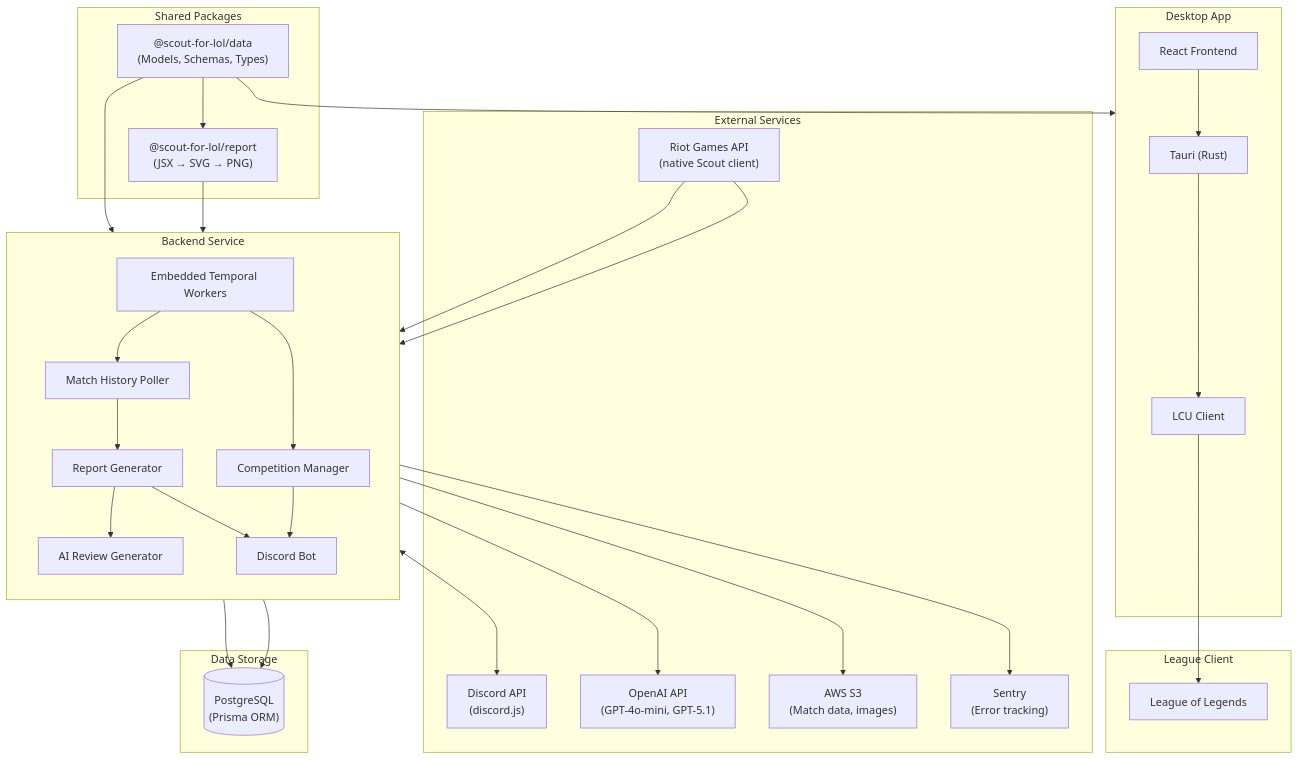
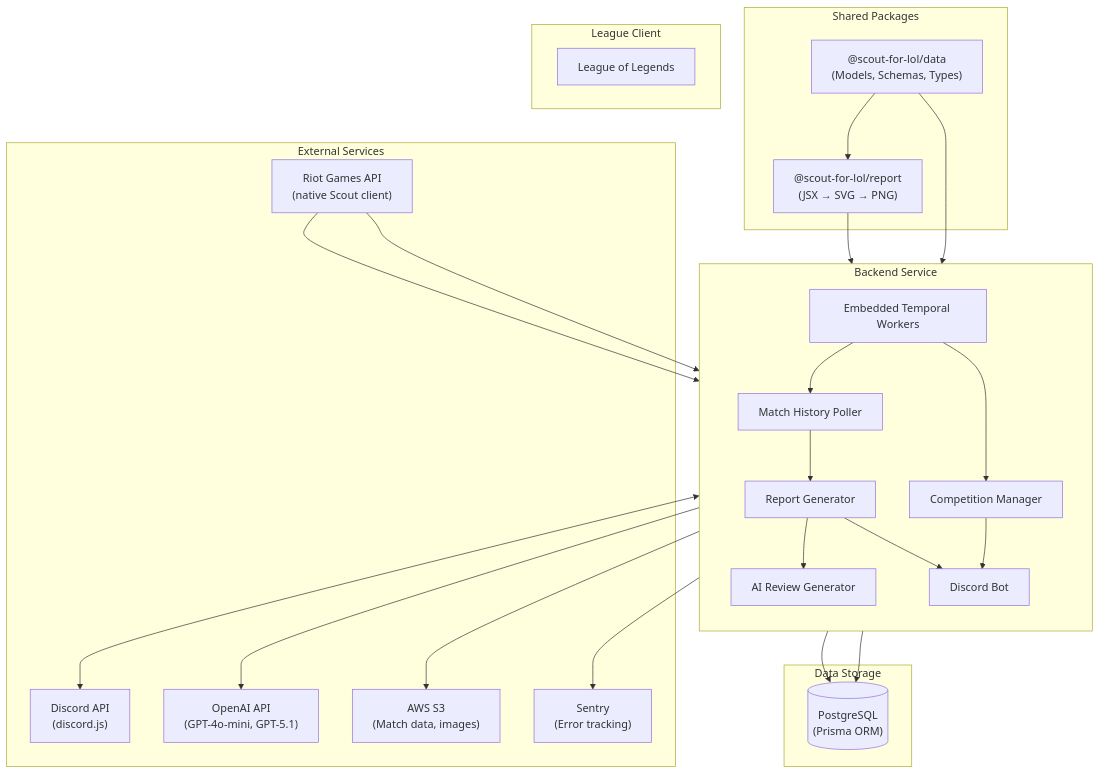
Before and after one commit to shepherdjerred/monorepo: the first of 8 diagrams in packages/scout-for-lol/docs/architecture.md, drawn with Mermaid. The commit also changed other lines of this file and 196 other files, not shown here.

First line of the commit message:
feat(scout-for-lol): remove desktop client

````diff
--- a/packages/scout-for-lol/docs/architecture.md
+++ b/packages/scout-for-lol/docs/architecture.md
@@ -7,68 +7,56 @@
 ```mermaid
 flowchart TB
     subgraph External["External Services"]
         RIOT["Riot Games API<br/>(native Scout client)"]
         DISCORD_API["Discord API<br/>(discord.js)"]
         OPENAI["OpenAI API<br/>(GPT-4o-mini, GPT-5.1)"]
         S3["AWS S3<br/>(Match data, images)"]
         SENTRY["Sentry<br/>(Error tracking)"]
     end
 
     subgraph Backend["Backend Service"]
         direction TB
         BOT["Discord Bot"]
         TEMPORAL["Embedded Temporal Workers"]
         MATCH_POLLER["Match History Poller"]
         REPORT_GEN["Report Generator"]
         AI_REVIEW["AI Review Generator"]
         COMPETITION["Competition Manager"]
     end
 
     subgraph SharedPkg["Shared Packages"]
         DATA["@scout-for-lol/data<br/>(Models, Schemas, Types)"]
         REPORT["@scout-for-lol/report<br/>(JSX → SVG → PNG)"]
-    end
-
-    subgraph Desktop["Desktop App"]
-        TAURI["Tauri (Rust)"]
-        REACT["React Frontend"]
-        LCU["LCU Client"]
     end
 
     subgraph Storage["Data Storage"]
         DB[("PostgreSQL<br/>(Prisma ORM)")]
     end
 
     subgraph LOL["League Client"]
         LEAGUE_CLIENT["League of Legends"]
     end
 
     %% External connections
     RIOT --> MATCH_POLLER
     RIOT --> COMPETITION
     BOT <--> DISCORD_API
     AI_REVIEW --> OPENAI
     REPORT_GEN --> S3
     Backend --> SENTRY
 
     %% Internal backend connections
     TEMPORAL --> MATCH_POLLER
     TEMPORAL --> COMPETITION
     MATCH_POLLER --> REPORT_GEN
     REPORT_GEN --> AI_REVIEW
     REPORT_GEN --> BOT
     BOT --> DB
     COMPETITION --> DB
     COMPETITION --> BOT
 
     %% Package dependencies
     DATA --> Backend
     REPORT --> REPORT_GEN
     DATA --> REPORT
-    DATA --> Desktop
-
-    %% Desktop connections
-    LCU --> LEAGUE_CLIENT
-    TAURI --> LCU
-    REACT --> TAURI
 ```
````
